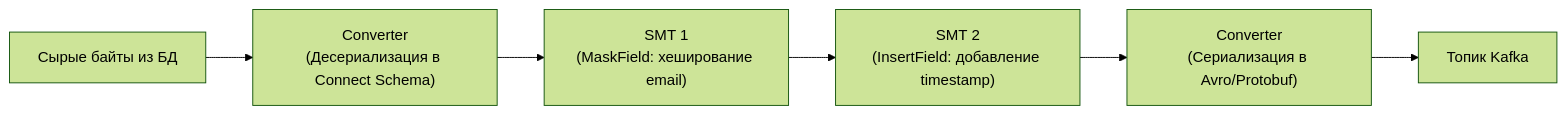
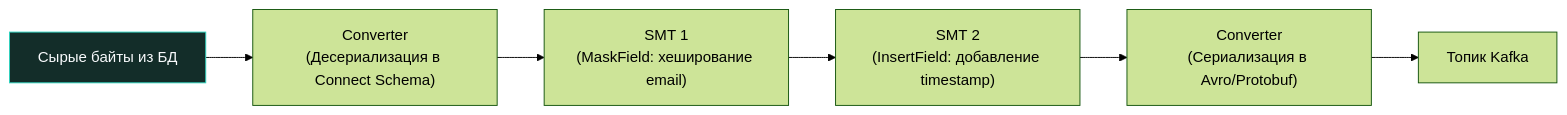
The third of 3 diagrams in sources/13. Очереди, брокеры сообщений и оркестраторы/03. Kafka/10. Kafka Connect.md (UnrealTemplier/go-textbook), drawn with Mermaid (forest theme) before and after one commit. The commit also changed other lines of this file and 1666 other files, not shown here.

First line of the commit message:
feat(mermaid): add semantic color classDef to 1369 colorless flowchart/graph diagrams

````diff
--- a/sources/13. Очереди, брокеры сообщений и оркестраторы/03. Kafka/10. Kafka Connect.md
+++ b/sources/13. Очереди, брокеры сообщений и оркестраторы/03. Kafka/10. Kafka Connect.md
@@ -145,8 +165,18 @@
 ```mermaid
 flowchart LR
-    SourceData["Сырые байты из БД"] --> Converter1["Converter<br>(Десериализация в Connect Schema)"]
+    classDef process  fill:#1e293b,stroke:#38bdf8,stroke-width:1px,color:#f8fafc
+    classDef success  fill:#064e3b,stroke:#34d399,stroke-width:1px,color:#f8fafc
+    classDef error    fill:#7f1d1d,stroke:#f87171,stroke-width:1px,color:#f8fafc
+    classDef warning  fill:#78350f,stroke:#fbbf24,stroke-width:1px,color:#f8fafc
+    classDef entry    fill:#1e3a5f,stroke:#38bdf8,stroke-width:2px,color:#f8fafc
+    classDef aux      fill:#334155,stroke:#64748b,stroke-width:1px,color:#f8fafc
+    classDef system   fill:#312e81,stroke:#a78bfa,stroke-width:1px,color:#f8fafc
+    classDef data     fill:#132d29,stroke:#2dd4bf,stroke-width:1px,color:#f8fafc
+    classDef network  fill:#881337,stroke:#fb7185,stroke-width:1px,color:#f8fafc
+    classDef accent   fill:#1e1b4b,stroke:#818cf8,stroke-width:1px,color:#f8fafc
+    SourceData["Сырые байты из БД"]:::data --> Converter1["Converter<br>(Десериализация в Connect Schema)"]
     Converter1 --> SMT1["SMT 1<br>(MaskField: хеширование email)"]
     SMT1 --> SMT2["SMT 2<br>(InsertField: добавление timestamp)"]
     SMT2 --> Converter2["Converter<br>(Сериализация в Avro/Protobuf)"]
     Converter2 --> Kafka["Топик Kafka"]
 ```
````
